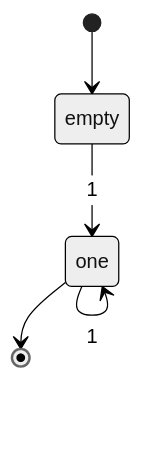
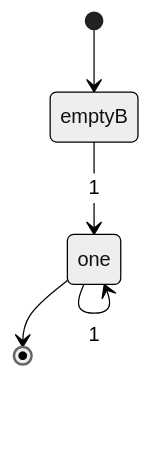
Before and after one commit to raganwald/raganwald.github.com: the fourth of 31 diagrams in _posts/2019-09-21-recognizing-myself.md, drawn with Mermaid (neutral theme). The commit also changed other lines of this file, not shown here.

Commit message:
three diagrams

```diff
--- a/_posts/2019-09-21-recognizing-myself.md
+++ b/_posts/2019-09-21-recognizing-myself.md
@@ -447,7 +447,7 @@
 <div class="mermaid">
   stateDiagram
-    [*]-->empty
-    empty-->one : 1
+    [*]-->emptyB
+    emptyB-->one : 1
     one--> one : 1
     one-->[*]
 </div>
```
